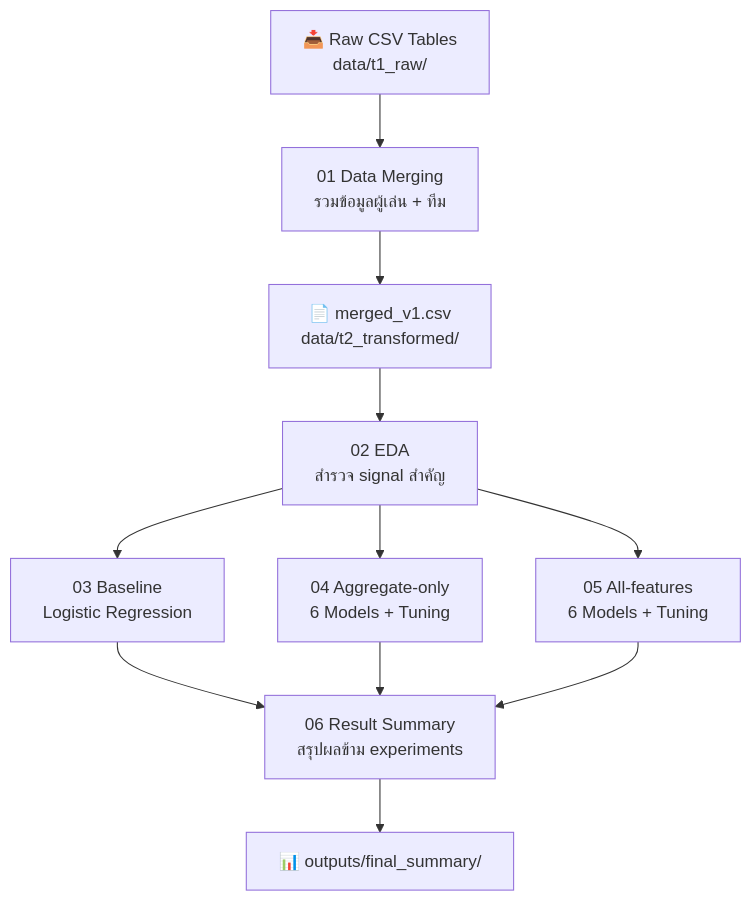
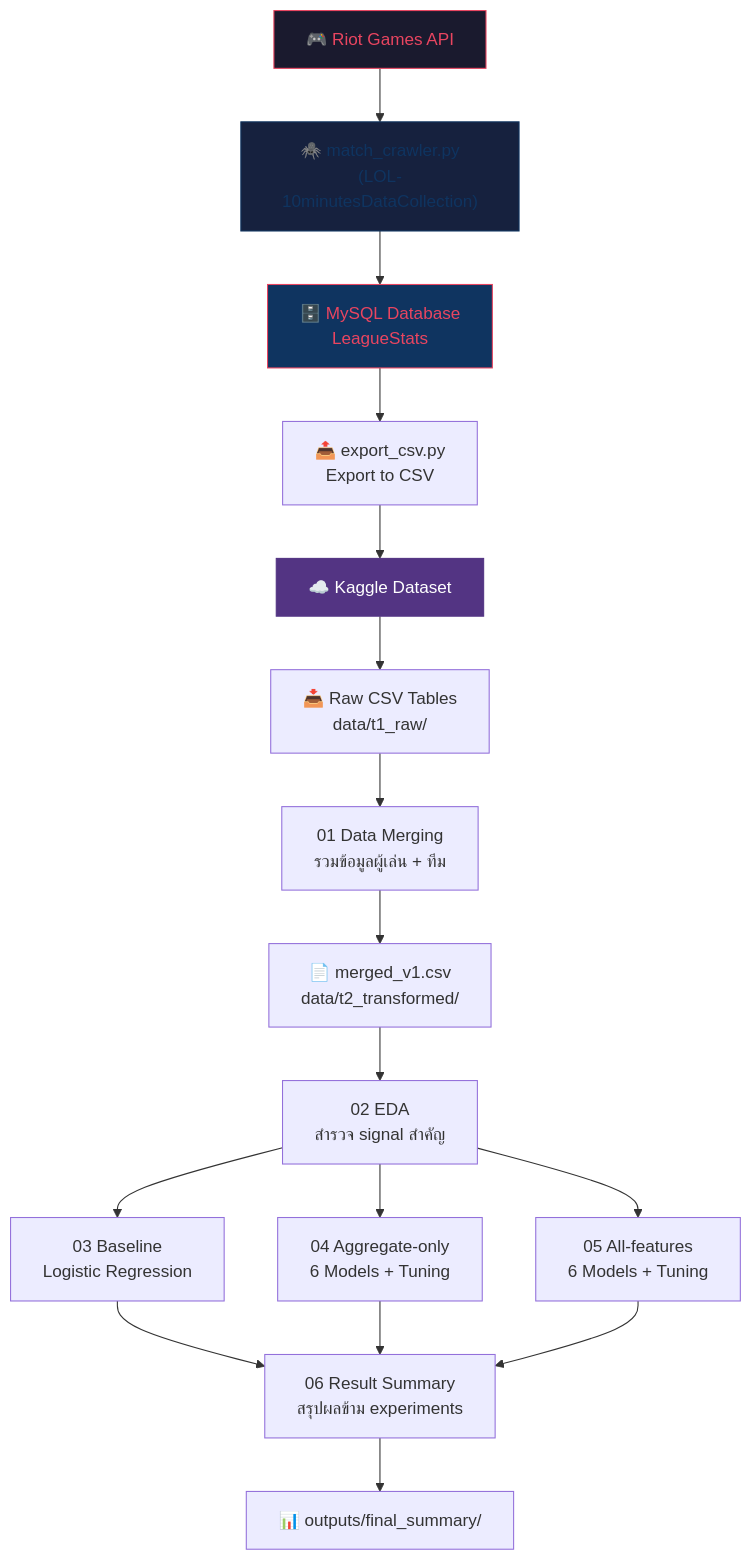
The diagram in README.md (Kiatisakk/Predicting-League-of-Legends-Match-Outcomes-Using-10-Minute-Data), drawn with Mermaid before and after one commit. The commit also changed other lines of this file and 1 other file, not shown here.

Commit message:
Add data collection section with contributor history

````diff
--- a/README.md
+++ b/README.md
@@ -96,13 +99,24 @@
 ```mermaid
 graph TD
-    A[📥 Raw CSV Tables<br/>data/t1_raw/] --> B[01 Data Merging<br/>รวมข้อมูลผู้เล่น + ทีม]
-    B --> C[📄 merged_v1.csv<br/>data/t2_transformed/]
-    C --> D[02 EDA<br/>สำรวจ signal สำคัญ]
-    D --> E[03 Baseline<br/>Logistic Regression]
-    D --> F[04 Aggregate-only<br/>6 Models + Tuning]
-    D --> G[05 All-features<br/>6 Models + Tuning]
-    E --> H[06 Result Summary<br/>สรุปผลข้าม experiments]
+    R["🎮 Riot Games API"] --> CR["🕷️ match_crawler.py<br/>(LOL-10minutesDataCollection)"]
+    CR --> DB["🗄️ MySQL Database<br/>LeagueStats"]
+    DB --> EX["📤 export_csv.py<br/>Export to CSV"]
+    EX --> K["☁️ Kaggle Dataset"]
+    K --> A["📥 Raw CSV Tables<br/>data/t1_raw/"]
+
+    A --> B["01 Data Merging<br/>รวมข้อมูลผู้เล่น + ทีม"]
+    B --> C["📄 merged_v1.csv<br/>data/t2_transformed/"]
+    C --> D["02 EDA<br/>สำรวจ signal สำคัญ"]
+    D --> E["03 Baseline<br/>Logistic Regression"]
+    D --> F["04 Aggregate-only<br/>6 Models + Tuning"]
+    D --> G["05 All-features<br/>6 Models + Tuning"]
+    E --> H["06 Result Summary<br/>สรุปผลข้าม experiments"]
     F --> H
     G --> H
-    H --> I[📊 outputs/final_summary/]
+    H --> I["📊 outputs/final_summary/"]
+
+    style R fill:#1a1a2e,color:#e94560,stroke:#e94560
+    style CR fill:#16213e,color:#0f3460,stroke:#0f3460
+    style DB fill:#0f3460,color:#e94560,stroke:#e94560
+    style K fill:#533483,color:#fff,stroke:#533483
 ```
````
